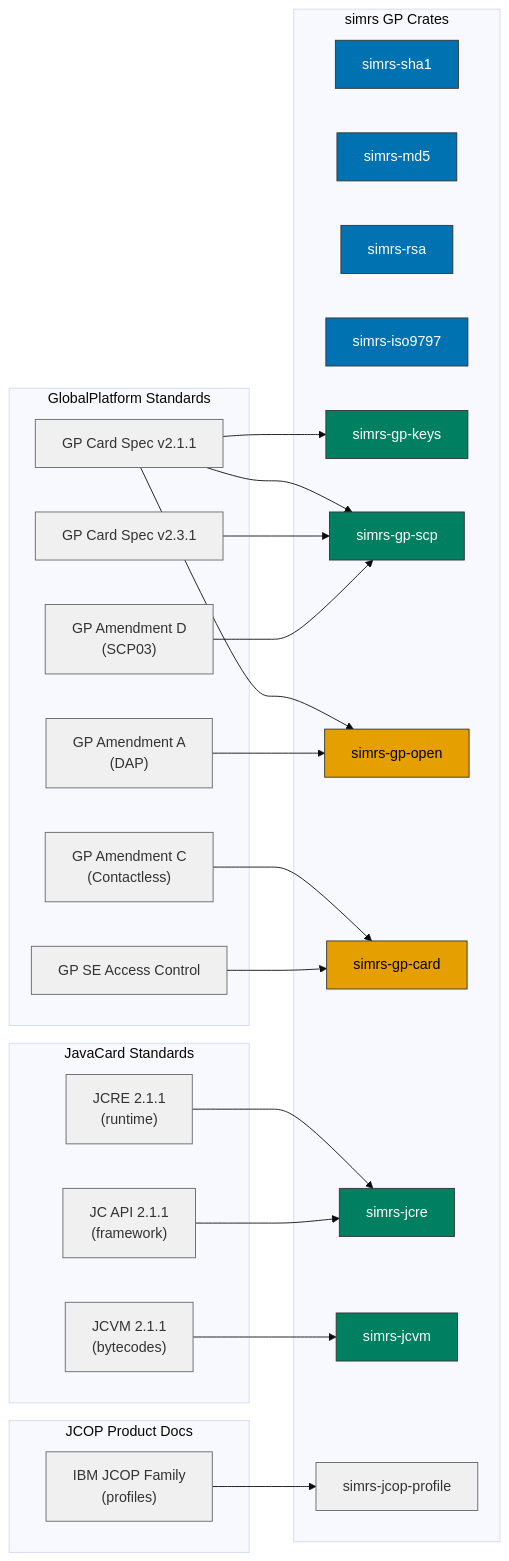
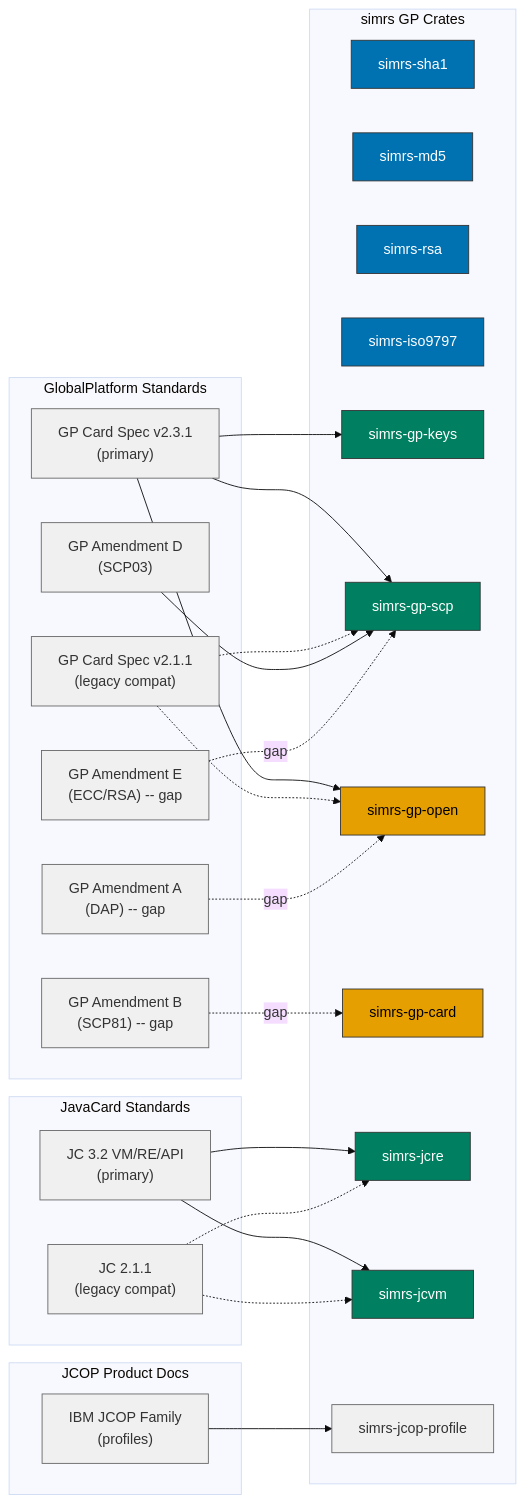
One commit to jaesharp/simrs changed the diagram in docs/standards/06-globalplatform.md. Above: the diagram before and after it, drawn with Mermaid (base theme). The commit also changed other lines of this file and 57 other files, not shown here.

````diff
--- a/docs/standards/06-globalplatform.md
+++ b/docs/standards/06-globalplatform.md
@@ -31,59 +86,60 @@
 ```mermaid
 graph LR
     subgraph gp_standards ["GlobalPlatform Standards"]
-        GP211["GP Card Spec v2.1.1"]
-        GP231["GP Card Spec v2.3.1"]
-        GPA["GP Amendment A<br/>(DAP)"]
+        GP231["GP Card Spec v2.3.1<br/>(primary)"]
+        GP211["GP Card Spec v2.1.1<br/>(legacy compat)"]
+        GPA["GP Amendment A<br/>(DAP) -- gap"]
+        GPB["GP Amendment B<br/>(SCP81) -- gap"]
         GPD["GP Amendment D<br/>(SCP03)"]
-        GPC["GP Amendment C<br/>(Contactless)"]
-        GPSE["GP SE Access Control"]
+        GPE["GP Amendment E<br/>(ECC/RSA) -- gap"]
     end
 
     subgraph jc_standards ["JavaCard Standards"]
-        JCVM["JCVM 2.1.1<br/>(bytecodes)"]
-        JCRE["JCRE 2.1.1<br/>(runtime)"]
-        JCAPI["JC API 2.1.1<br/>(framework)"]
+        JC32["JC 3.2 VM/RE/API<br/>(primary)"]
+        JC211["JC 2.1.1<br/>(legacy compat)"]
     end
 
     subgraph jcop_docs ["JCOP Product Docs"]
         JCOP["IBM JCOP Family<br/>(profiles)"]
     end
 
     subgraph gp_crates ["simrs GP Crates"]
         SHA1["simrs-sha1"]
         MD5["simrs-md5"]
         RSA["simrs-rsa"]
         MAC["simrs-iso9797"]
         KEYS["simrs-gp-keys"]
         SCP["simrs-gp-scp"]
         OPEN["simrs-gp-open"]
         CARD["simrs-gp-card"]
         JRE["simrs-jcre"]
         JVM["simrs-jcvm"]
         PROF["simrs-jcop-profile"]
     end
 
-    GP211 --> SCP
-    GP211 --> OPEN
-    GP211 --> KEYS
     GP231 --> SCP
-    GPA --> OPEN
+    GP231 --> OPEN
+    GP231 --> KEYS
+    GP211 -.-> SCP
+    GP211 -.-> OPEN
+    GPA -. gap .-> OPEN
+    GPB -. gap .-> CARD
     GPD --> SCP
-    GPC --> CARD
-    GPSE --> CARD
-    JCVM --> JVM
-    JCRE --> JRE
-    JCAPI --> JRE
+    GPE -. gap .-> SCP
+    JC32 --> JVM
+    JC32 --> JRE
+    JC211 -.-> JVM
+    JC211 -.-> JRE
     JCOP --> PROF
 
     classDef foundation fill:#0072B2,stroke:#333,color:#fff
     classDef composition fill:#008060,stroke:#333,color:#fff
     classDef application fill:#E69F00,stroke:#333,color:#000
     classDef std fill:#F0F0F0,stroke:#666,color:#333
 
     class SHA1,MD5,RSA,MAC foundation
     class KEYS,SCP,JRE,JVM composition
     class OPEN,CARD application
     class PROF std
-    class GP211,GP231,GPA,GPD,GPC,GPSE,JCVM,JCRE,JCAPI,JCOP std
+    class GP231,GP211,GPA,GPB,GPD,GPE,JC32,JC211,JCOP std
 ```
````
